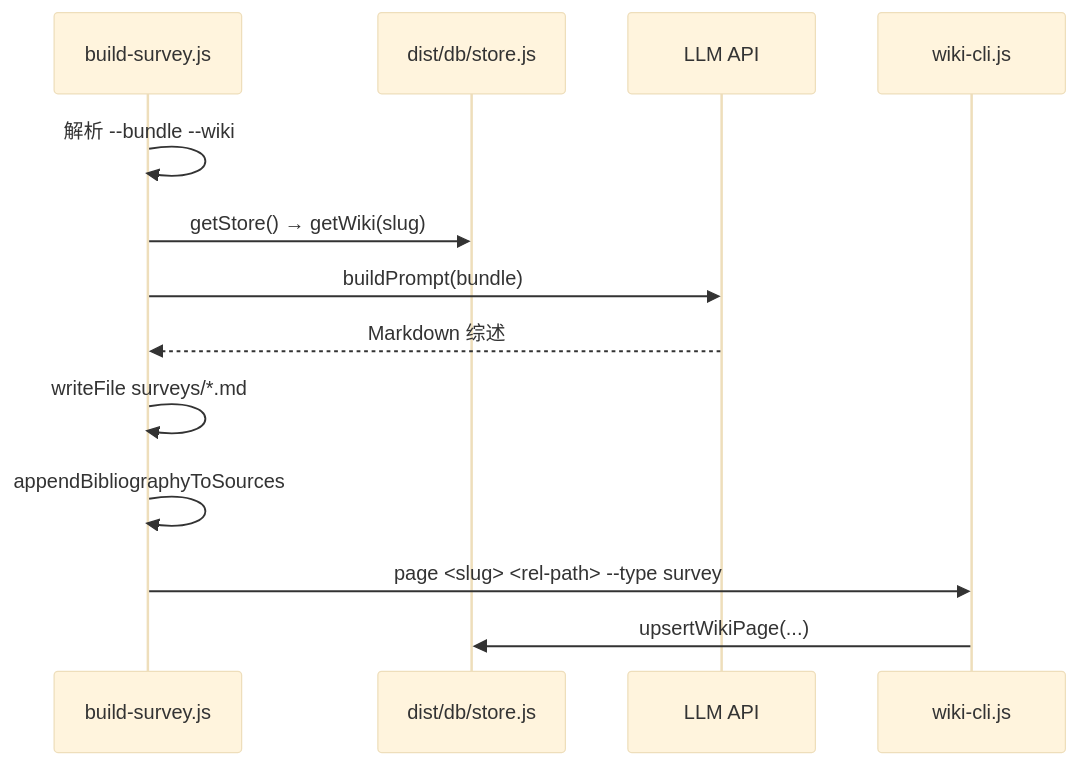
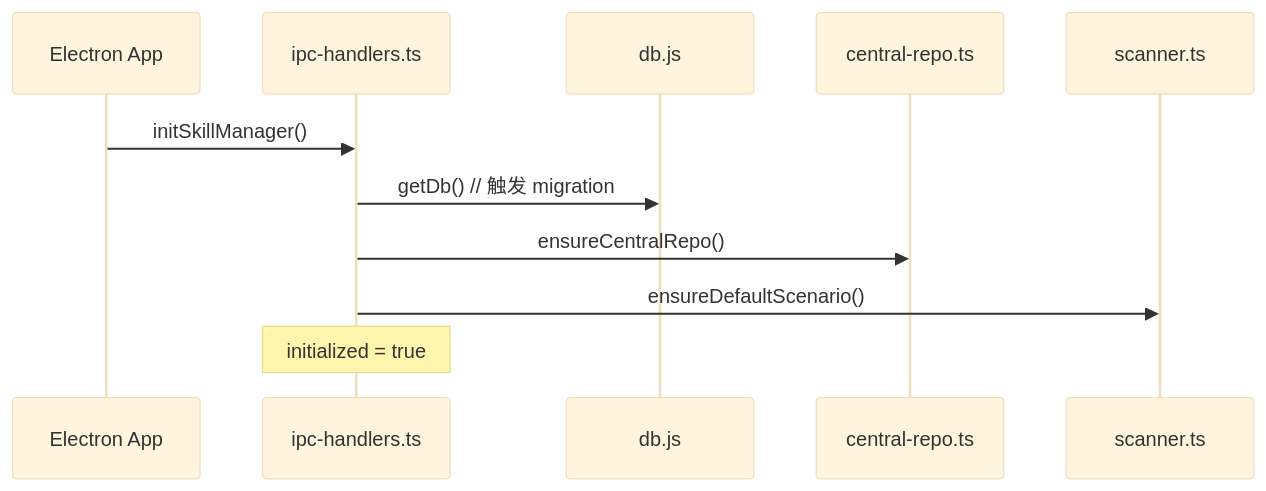
The second of 5 diagrams in .tech/repowiki/zh/content/核心模块规格/技能与插件系统总览.md (lst016/tech-cc-hub), drawn with Mermaid (base theme) before and after one commit. The commit also changed other lines of this file and 195 other files, not shown here.

````diff
--- a/.tech/repowiki/zh/content/核心模块规格/技能与插件系统总览.md
+++ b/.tech/repowiki/zh/content/核心模块规格/技能与插件系统总览.md
@@ -184,16 +178,14 @@
 ```mermaid
 sequenceDiagram
-    participant CLI as build-survey.js
-    participant Store as dist/db/store.js
-    participant Provider as LLM API
-    participant WikiCli as wiki-cli.js
+    participant App as Electron App
+    participant IPC as ipc-handlers.ts
+    participant DB as db.js
+    participant CR as central-repo.ts
+    participant SC as scanner.ts
 
-    CLI->>CLI: 解析 --bundle --wiki
-    CLI->>Store: getStore() → getWiki(slug)
-    CLI->>Provider: buildPrompt(bundle)
-    Provider-->>CLI: Markdown 综述
-    CLI->>CLI: writeFile surveys/*.md
-    CLI->>CLI: appendBibliographyToSources
-    CLI->>WikiCli: page <slug> <rel-path> --type survey
-    WikiCli->>Store: upsertWikiPage(...)
+    App->>IPC: initSkillManager()
+    IPC->>DB: getDb() // 触发 migration
+    IPC->>CR: ensureCentralRepo()
+    IPC->>SC: ensureDefaultScenario()
+    Note over IPC: initialized = true
 ```
````
